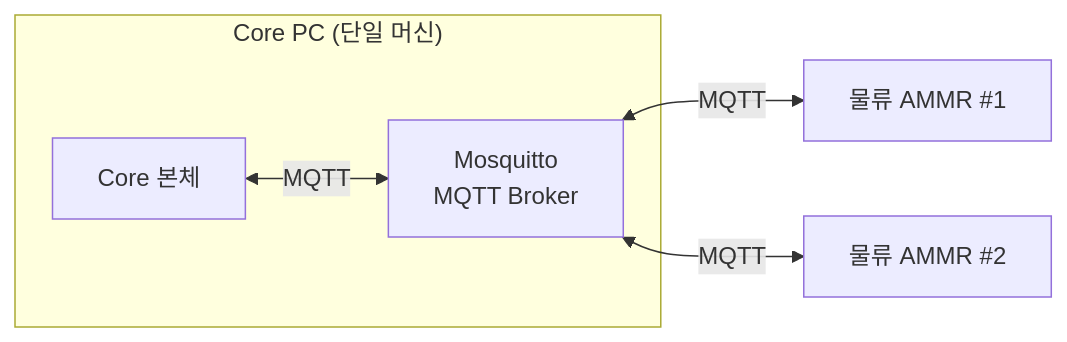
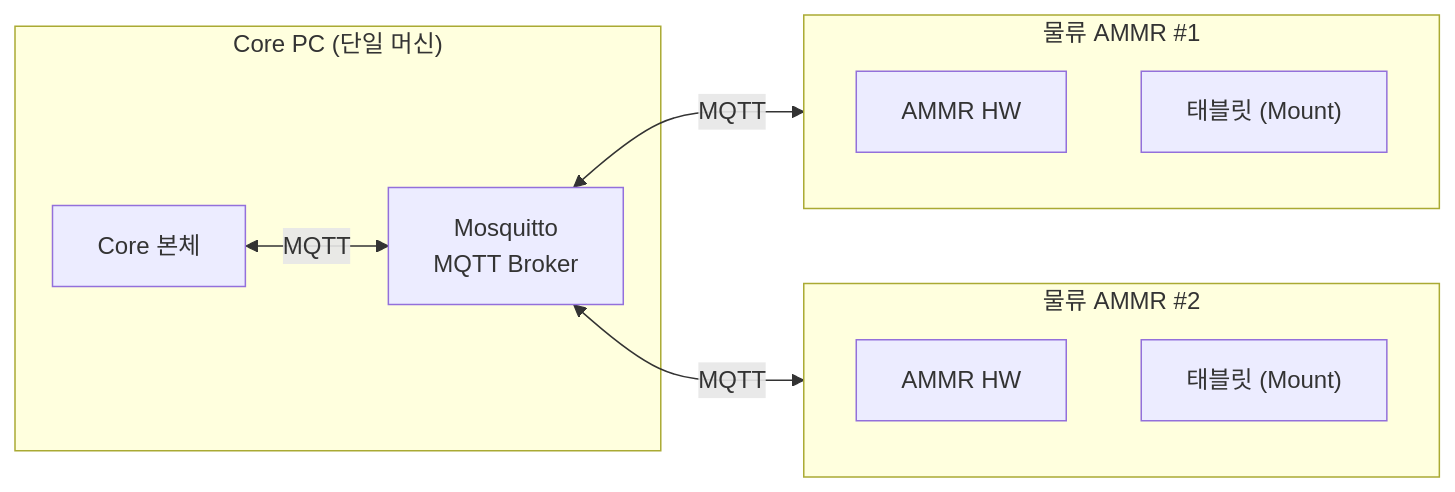
Before and after one commit to kimminsu0315/Core-Docs: the first of 12 diagrams in docs/out/Core_ICD_AMMR.md, drawn with Mermaid. The commit also changed other lines of this file and 7 other files, not shown here.

````diff
--- a/docs/out/Core_ICD_AMMR.md
+++ b/docs/out/Core_ICD_AMMR.md
@@ -55,14 +54,21 @@
 ```mermaid
 flowchart LR
     subgraph CorePC["Core PC (단일 머신)"]
         ASPNET["Core 본체"]
         Mosquitto["Mosquitto<br/>MQTT Broker"]
         ASPNET <-->|MQTT| Mosquitto
     end
 
-    AMMR1["물류 AMMR #1"]
-    AMMR2["물류 AMMR #2"]
+    subgraph AMMR1["물류 AMMR #1"]
+        HW1["AMMR HW"]
+        TAB1["태블릿 (Mount)"]
+    end
+
+    subgraph AMMR2["물류 AMMR #2"]
+        HW2["AMMR HW"]
+        TAB2["태블릿 (Mount)"]
+    end
 
     Mosquitto <-->|MQTT| AMMR1
     Mosquitto <-->|MQTT| AMMR2
 ```
````
